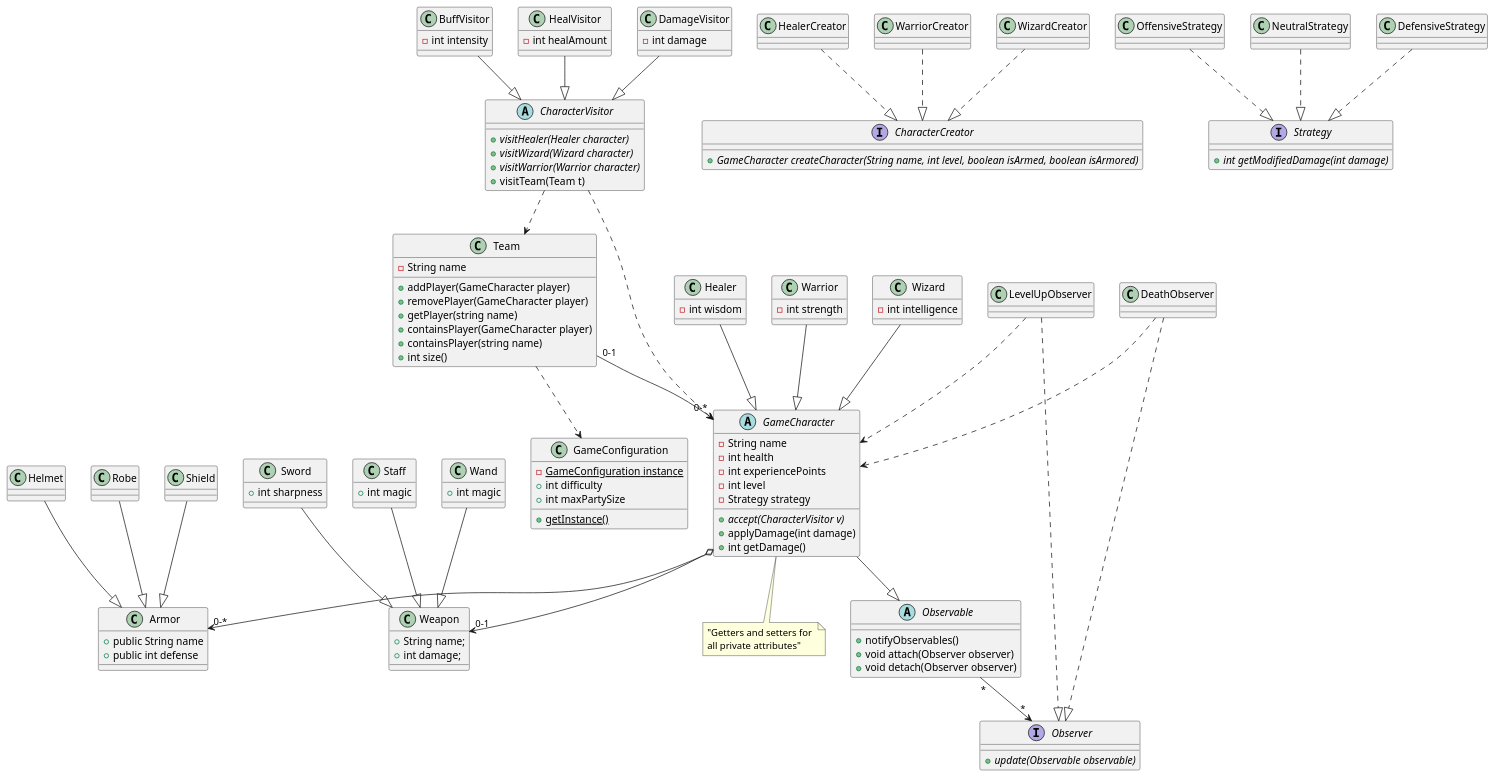
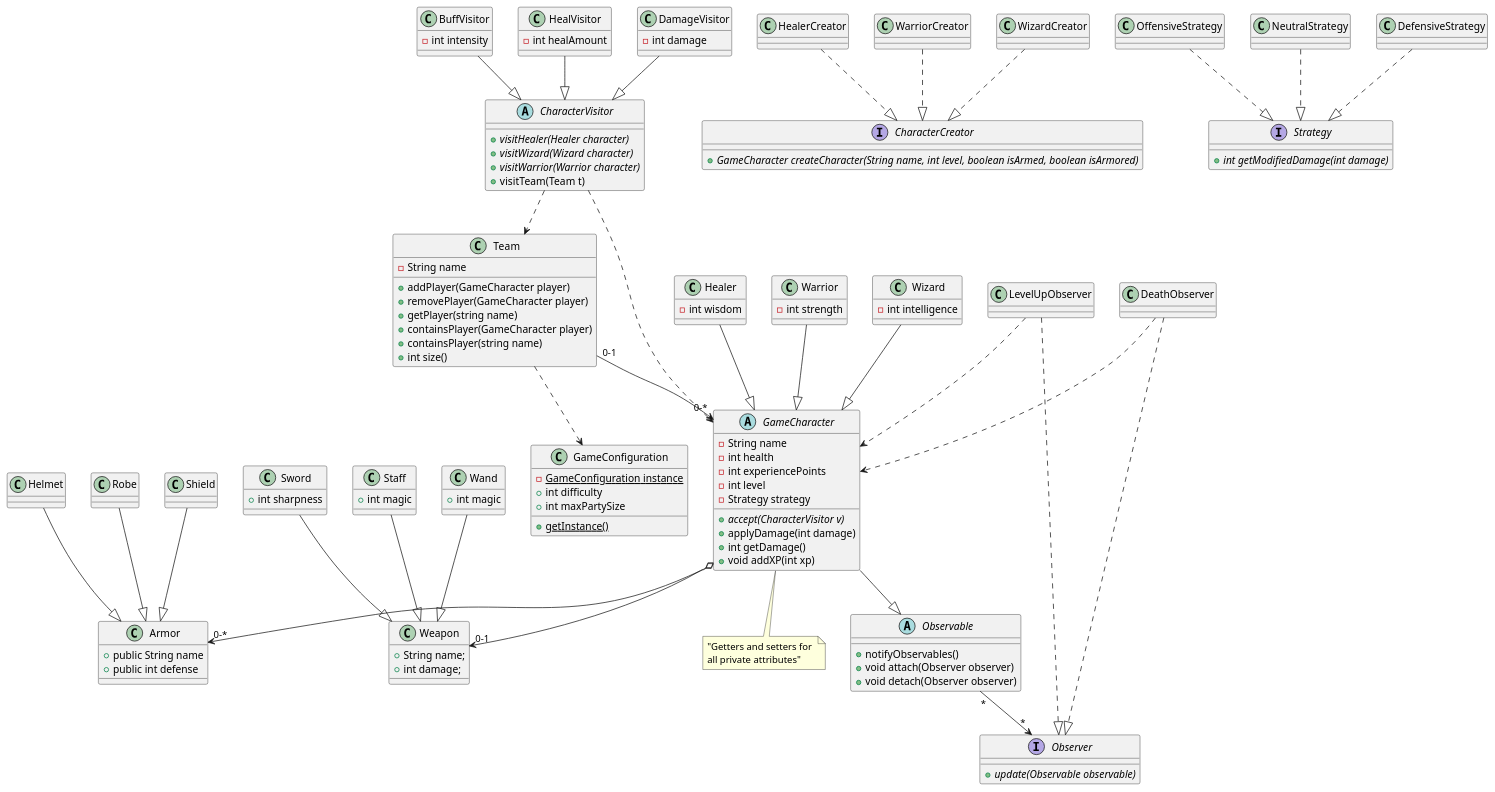
The diagram in diagrammes/observer.puml (LucasEBSkora/MOCI-TP), drawn with PlantUML before and after one commit. The commit also changed 10 other files, not shown here.

```diff
--- a/diagrammes/observer.puml
+++ b/diagrammes/observer.puml
@@ -1,142 +1,143 @@
 @startuml
 'https://plantuml.com/class-diagram
 
 class Armor {
     + public String name
     + public int defense
 }
 Helmet --|> Armor
 Robe --|> Armor
 Shield --|> Armor
 
 GameCharacter  o--> "0-1" Weapon
 GameCharacter  o--> "0-*" Armor
 
 abstract class GameCharacter {
     - String name
     - int health
     - int experiencePoints
     - int level
     - Strategy strategy
     {abstract} + accept(CharacterVisitor v)
     + applyDamage(int damage)
     + int getDamage()
+    + void addXP(int xp)
 }
 
 note bottom of GameCharacter: "Getters and setters for \nall private attributes"
 
 
 class Warrior {
     - int strength
 }
 Warrior --|> GameCharacter
 
 class Wizard {
     - int intelligence
 }
 Wizard --|> GameCharacter
 
 class Healer {
     - int wisdom
 }
 Healer --|> GameCharacter
 
 class Weapon {
     + String name;
     + int damage;
 }
 
 class Sword {
     + int sharpness
 }
 Sword --|> Weapon
 
 class Staff {
     + int magic
 }
 Staff --|> Weapon
 
 class Wand {
     + int magic
 }
 Wand --|> Weapon
 
 class Team {
     - String name
     + addPlayer(GameCharacter player)
     + removePlayer(GameCharacter player)
     + getPlayer(string name)
     + containsPlayer(GameCharacter player)
     + containsPlayer(string name)
     + int size()
 }
 
 Team "0-1" --> "0-*" GameCharacter
 
 class GameConfiguration {
     {static} - GameConfiguration instance
     + int difficulty
     + int maxPartySize
     {static} + getInstance()
 }
 
 Team ..> GameConfiguration
 
 interface CharacterCreator {
     {abstract} +GameCharacter createCharacter(String name, int level, boolean isArmed, boolean isArmored)
 }
 
 HealerCreator ..|> CharacterCreator
 WarriorCreator ..|> CharacterCreator
 WizardCreator ..|> CharacterCreator
 
 abstract class CharacterVisitor {
     {abstract} + visitHealer(Healer character)
     {abstract} + visitWizard(Wizard character)
     {abstract} + visitWarrior(Warrior character)
     + visitTeam(Team t)
 }
 
 CharacterVisitor ..> Team
 CharacterVisitor ..> GameCharacter
 
 class BuffVisitor {
     - int intensity
 }
 BuffVisitor --|> CharacterVisitor
 
 class HealVisitor {
     - int healAmount
 }
 HealVisitor --|> CharacterVisitor
 
 class DamageVisitor {
     - int damage
 }
 DamageVisitor --|> CharacterVisitor
 
 interface Strategy {
     {abstract} + int getModifiedDamage(int damage)
 }
 
 OffensiveStrategy ..|> Strategy
 NeutralStrategy ..|> Strategy
 DefensiveStrategy ..|> Strategy
 
 interface Observer {
     {abstract} + update(Observable observable)
 }
 LevelUpObserver ..|> Observer
 LevelUpObserver ..> GameCharacter
 DeathObserver ..|> Observer
 DeathObserver ..> GameCharacter
 abstract class Observable {
     + notifyObservables()
     + void attach(Observer observer)
     + void detach(Observer observer)
 }
 Observable "*" --> "*" Observer
 GameCharacter --|> Observable
 
 
 @enduml
```
